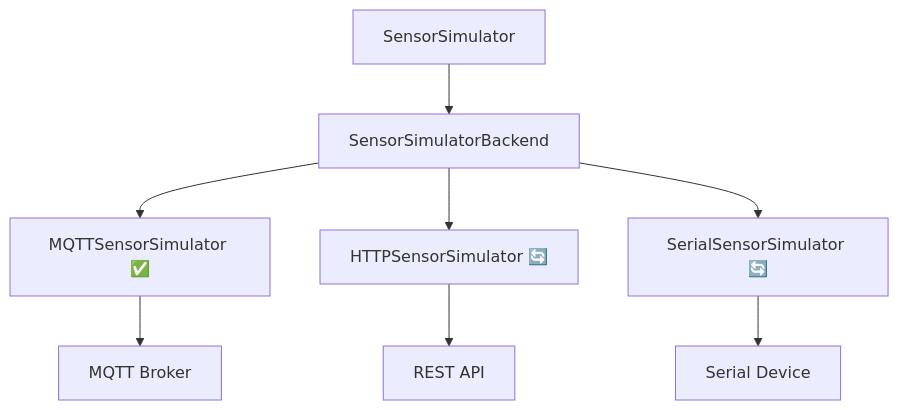
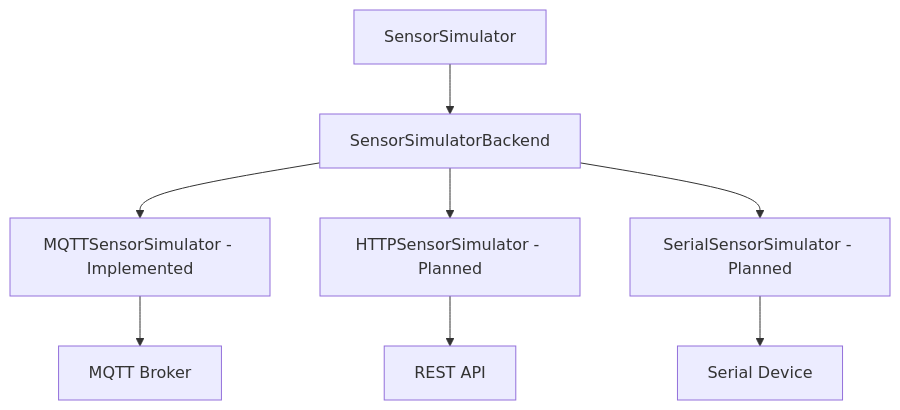
The second of 6 diagrams in mindtrace/hardware/mindtrace/hardware/sensors/README.md (Mindtrace/mindtrace), drawn with Mermaid before and after one commit. The commit also changed other lines of this file, not shown here.

````diff
--- a/mindtrace/hardware/mindtrace/hardware/sensors/README.md
+++ b/mindtrace/hardware/mindtrace/hardware/sensors/README.md
@@ -34,10 +46,10 @@
 ```mermaid
 graph TD
     A[SensorSimulator] --> B[SensorSimulatorBackend]
-    B --> C[MQTTSensorSimulator ✅]
-    B --> D[HTTPSensorSimulator 🔄]
-    B --> E[SerialSensorSimulator 🔄]
+    B --> C[MQTTSensorSimulator - Implemented]
+    B --> D[HTTPSensorSimulator - Planned]
+    B --> E[SerialSensorSimulator - Planned]
     C --> F[MQTT Broker]
     D --> G[REST API]
     E --> H[Serial Device]
 ```
````
